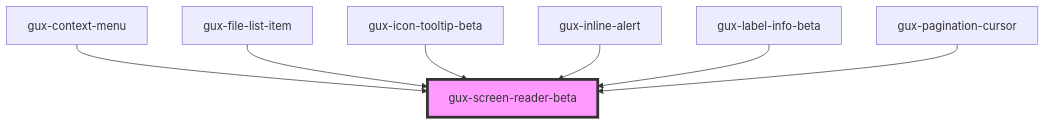
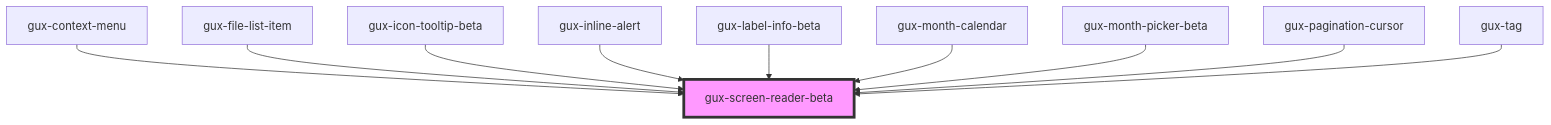
One commit to MyPureCloud/genesys-spark changed the diagram in packages/genesys-spark-components/src/components/beta/gux-screen-reader/readme.md. Above: the diagram before and after it, drawn with Mermaid. The commit also changed other lines of this file and 4 other files, not shown here.

````diff
--- a/packages/genesys-spark-components/src/components/beta/gux-screen-reader/readme.md
+++ b/packages/genesys-spark-components/src/components/beta/gux-screen-reader/readme.md
@@ -27,10 +30,13 @@
 ```mermaid
 graph TD;
   gux-context-menu --> gux-screen-reader-beta
   gux-file-list-item --> gux-screen-reader-beta
   gux-icon-tooltip-beta --> gux-screen-reader-beta
   gux-inline-alert --> gux-screen-reader-beta
   gux-label-info-beta --> gux-screen-reader-beta
+  gux-month-calendar --> gux-screen-reader-beta
+  gux-month-picker-beta --> gux-screen-reader-beta
   gux-pagination-cursor --> gux-screen-reader-beta
+  gux-tag --> gux-screen-reader-beta
   style gux-screen-reader-beta fill:#f9f,stroke:#333,stroke-width:4px
 ```
````
